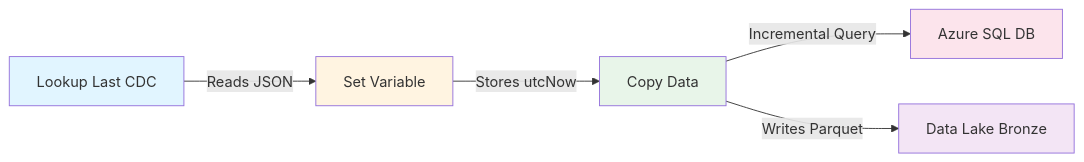
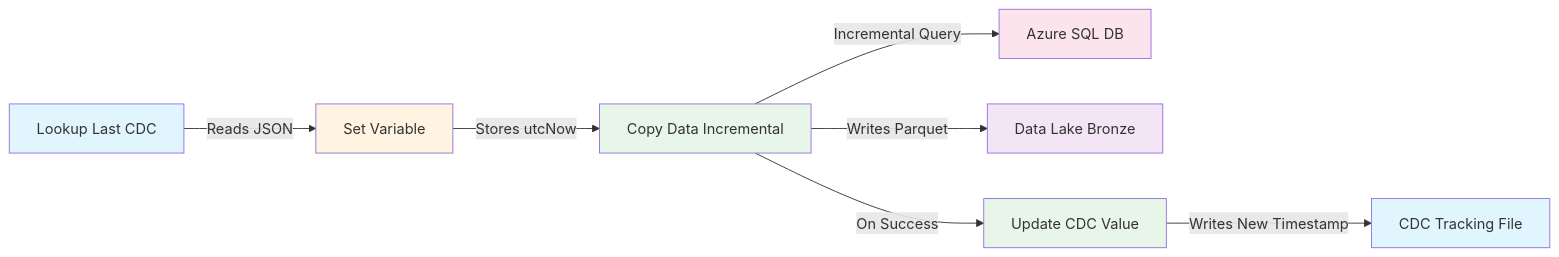
The diagram in azure-data-engineering-steps.md (kisyular/azure-data-engineering), drawn with Mermaid before and after one commit. The commit also changed other lines of this file, not shown here.

First line of the commit message:
ADD AUTOMATED CDC UPDATE ACTIVITY TO PIPELINE

````diff
--- a/azure-data-engineering-steps.md
+++ b/azure-data-engineering-steps.md
@@ -1059,13 +1118,17 @@
 ```mermaid
 graph LR
     A[Lookup Last CDC] -->|Reads JSON| B[Set Variable]
-    B -->|Stores utcNow| C[Copy Data]
+    B -->|Stores utcNow| C[Copy Data Incremental]
     C -->|Incremental Query| D[Azure SQL DB]
     C -->|Writes Parquet| E[Data Lake Bronze]
+    C -->|On Success| F[Update CDC Value]
+    F -->|Writes New Timestamp| G[CDC Tracking File]
     
     style A fill:#e1f5ff
     style B fill:#fff4e1
     style C fill:#e8f5e9
     style D fill:#fce4ec
     style E fill:#f3e5f5
+    style F fill:#e8f5e9
+    style G fill:#e1f5ff
 ```
````
